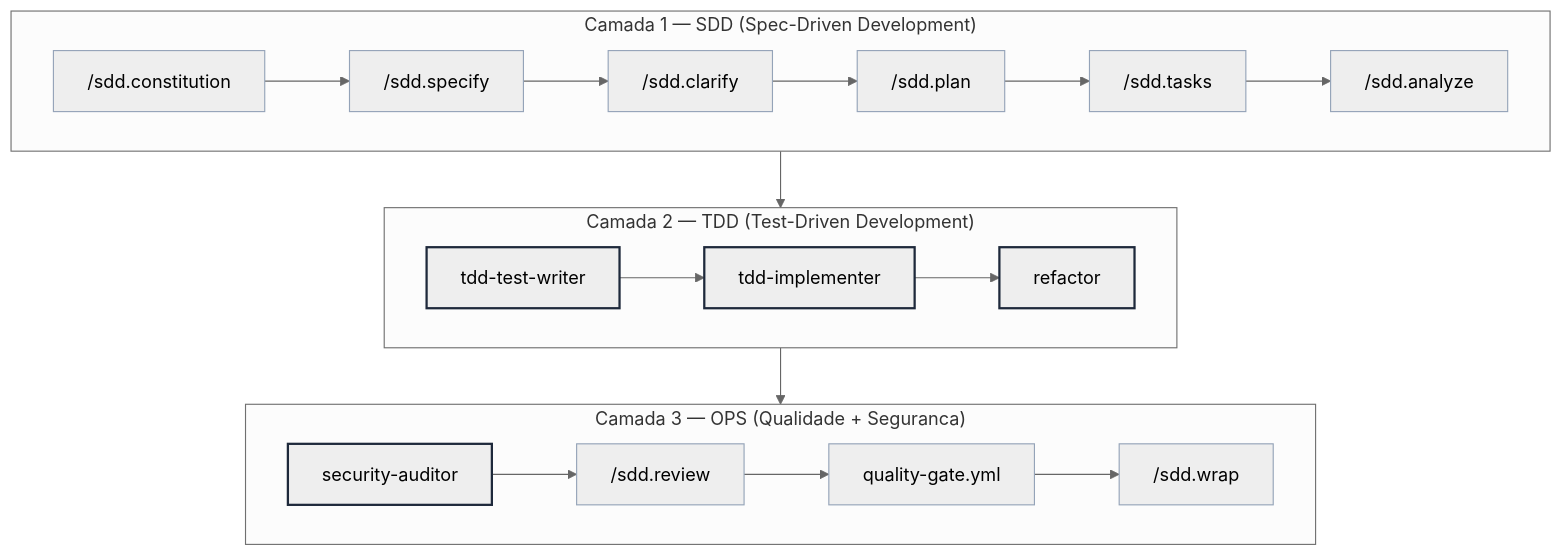
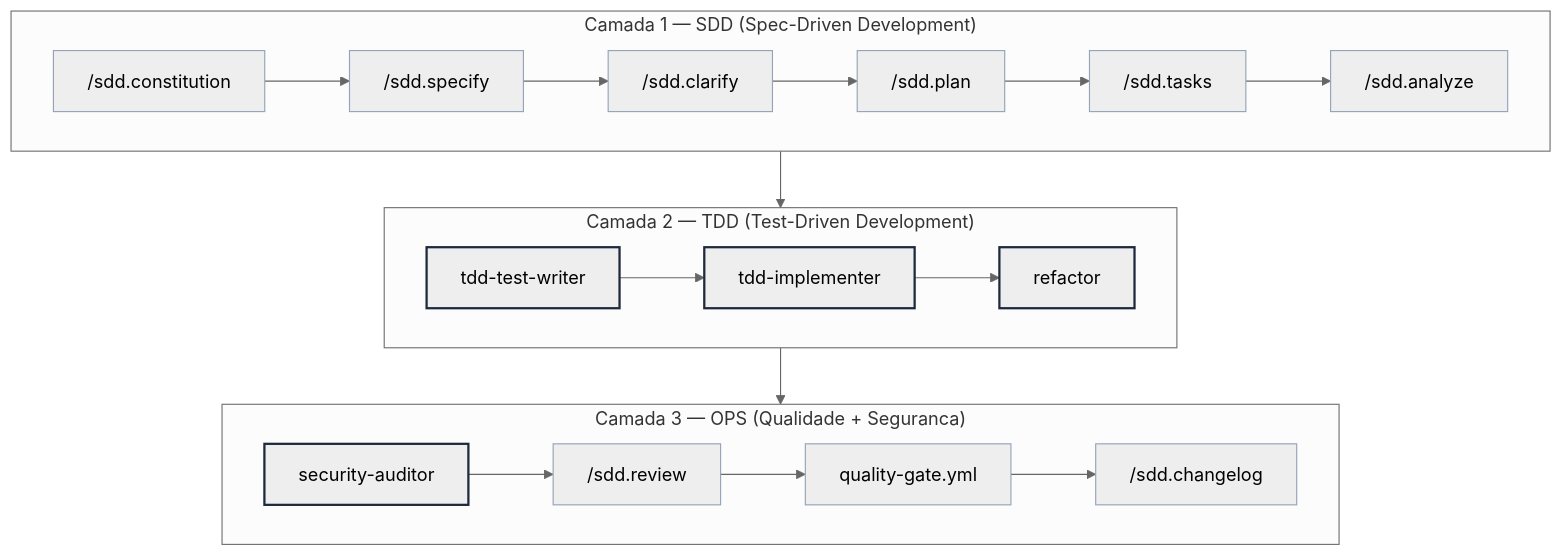
The diagram in README.pt-BR.md (jonatascatarina/ai-first-pipeline), drawn with Mermaid (neutral theme) before and after one commit. The commit also changed other lines of this file and 6 other files, not shown here.

````diff
--- a/README.pt-BR.md
+++ b/README.pt-BR.md
@@ -121,19 +121,19 @@
 ```mermaid
 flowchart TD
     classDef agent stroke:#1E293B,stroke-width:2px
     classDef command stroke:#94A3B8,stroke-width:1px
 
     subgraph L1 ["Camada 1 — SDD  (Spec-Driven Development)"]
         A["/sdd.constitution"] --> B["/sdd.specify"] --> C["/sdd.clarify"] --> D["/sdd.plan"] --> E["/sdd.tasks"] --> F["/sdd.analyze"]
     end
     subgraph L2 ["Camada 2 — TDD  (Test-Driven Development)"]
         G["tdd-test-writer"] --> H["tdd-implementer"] --> I["refactor"]
     end
     subgraph L3 ["Camada 3 — OPS  (Qualidade + Seguranca)"]
-        J["security-auditor"] --> K["/sdd.review"] --> L["quality-gate.yml"] --> M["/sdd.wrap"]
+        J["security-auditor"] --> K["/sdd.review"] --> L["quality-gate.yml"] --> M["/sdd.changelog"]
     end
     L1 --> L2 --> L3
 
     class G,H,I,J agent
     class A,B,C,D,E,F,K,L,M command
 ```
````
